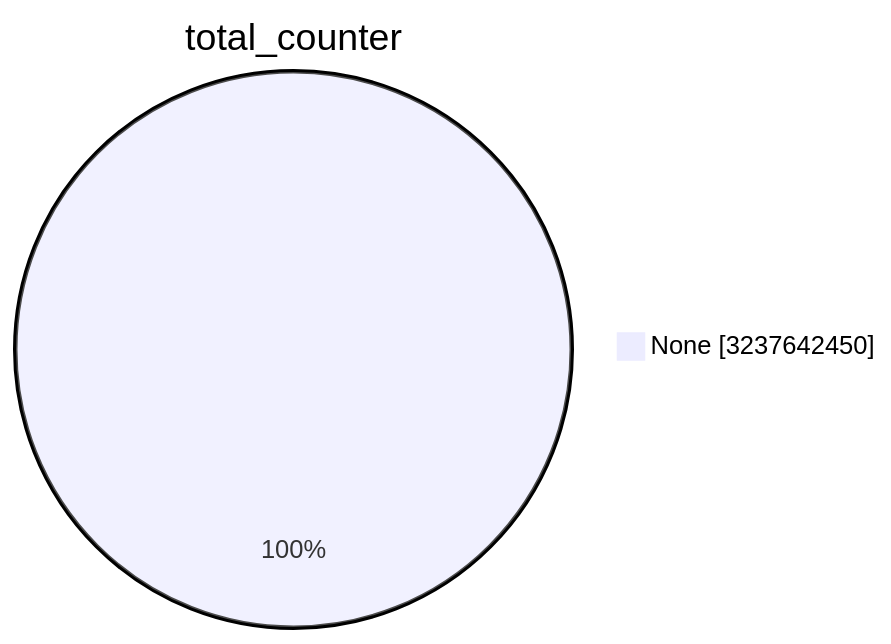
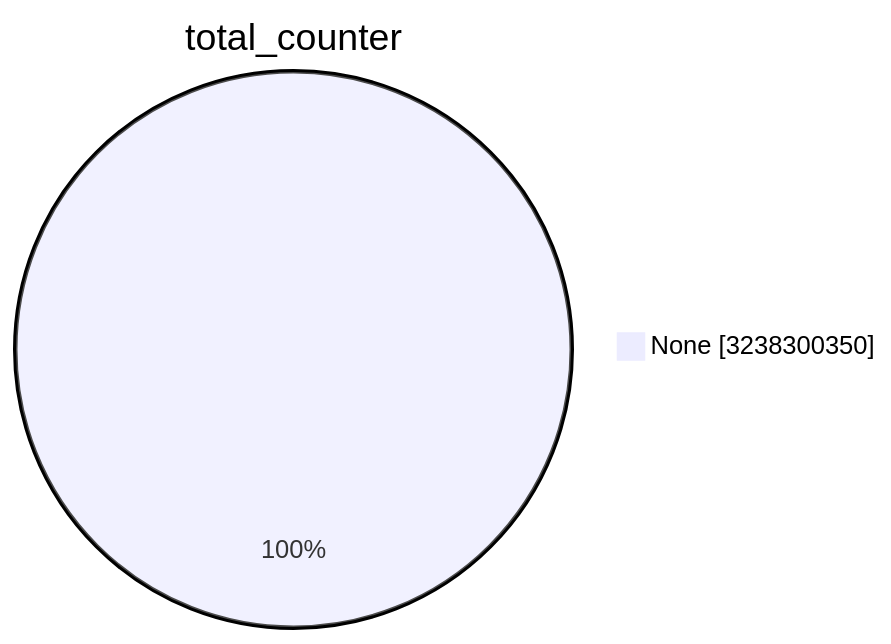
Before and after one commit to christiankrug/ctmonitor_visualization: the first of 15 diagrams in TOTAL/README.md, drawn with Mermaid. The commit also changed other lines of this file, not shown here.

````diff
--- a/TOTAL/README.md
+++ b/TOTAL/README.md
@@ -1,5 +1,5 @@
 ```mermaid
 pie showData
 title total_counter
-"None" :3237642450
+"None" :3238300350
 ```
````
